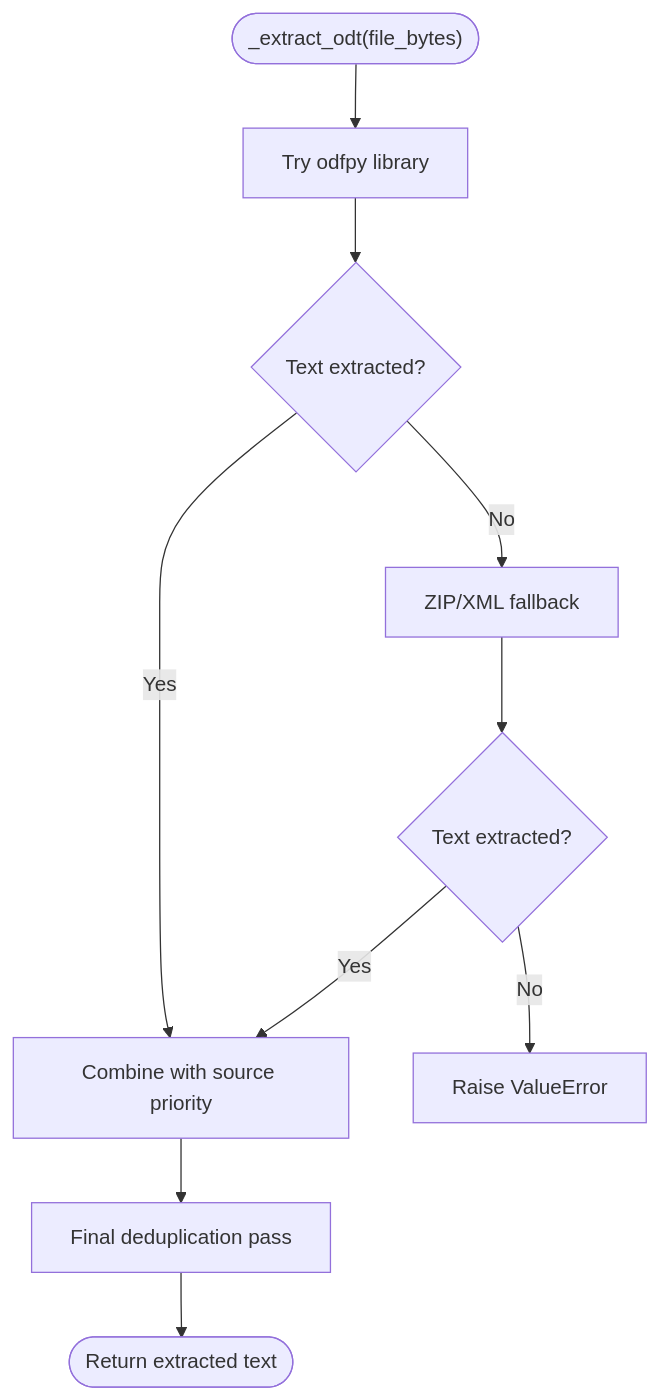
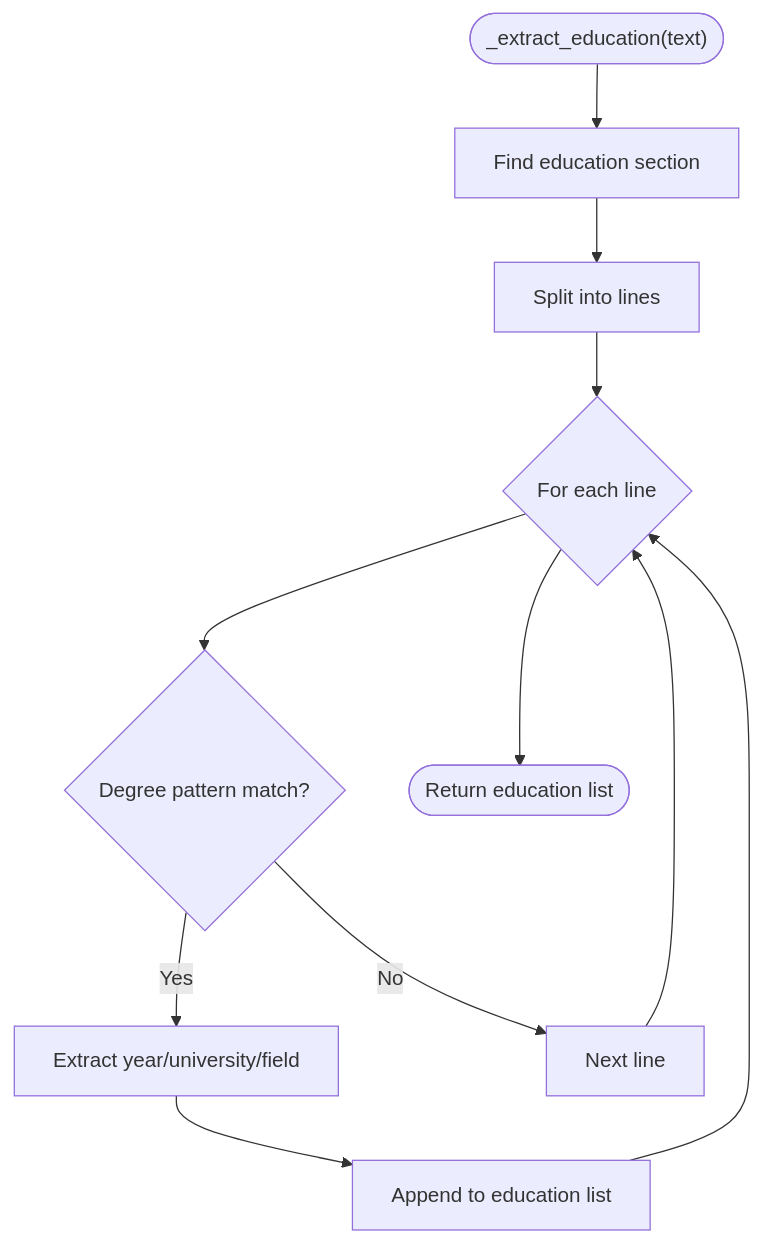
Before and after one commit to Revanththetalogics/aireume: the eighth of 19 diagrams in .qoder/repowiki/en/content/Analysis Engine/Parser Service.md, drawn with Mermaid. The commit also changed other lines of this file and 41 other files, not shown here.

````diff
--- a/.qoder/repowiki/en/content/Analysis Engine/Parser Service.md
+++ b/.qoder/repowiki/en/content/Analysis Engine/Parser Service.md
@@ -342,12 +440,13 @@
 ```mermaid
 flowchart TD
-Start(["_extract_odt(file_bytes)"]) --> ODFPY["Try odfpy library"]
-ODFPY --> Success1{"Text extracted?"}
-Success1 --> |Yes| Combine["Combine with source priority"]
-Success1 --> |No| XMLFallback["ZIP/XML fallback"]
-XMLFallback --> Success2{"Text extracted?"}
-Success2 --> |Yes| Combine
-Success2 --> |No| Error["Raise ValueError"]
-Combine --> Deduplicate["Final deduplication pass"]
-Deduplicate --> Return(["Return extracted text"])
+EduStart(["_extract_education(text)"]) --> EduHeaders["Find education section"]
+EduHeaders --> Lines["Split into lines"]
+Lines --> ForEach{"For each line"}
+ForEach --> Degree{"Degree pattern match?"}
+Degree --> |Yes| ExtractFields["Extract year/university/field"]
+ExtractFields --> Add["Append to education list"]
+Degree --> |No| Next["Next line"]
+Add --> ForEach
+Next --> ForEach
+ForEach --> EndEdu(["Return education list"])
 ```
````
